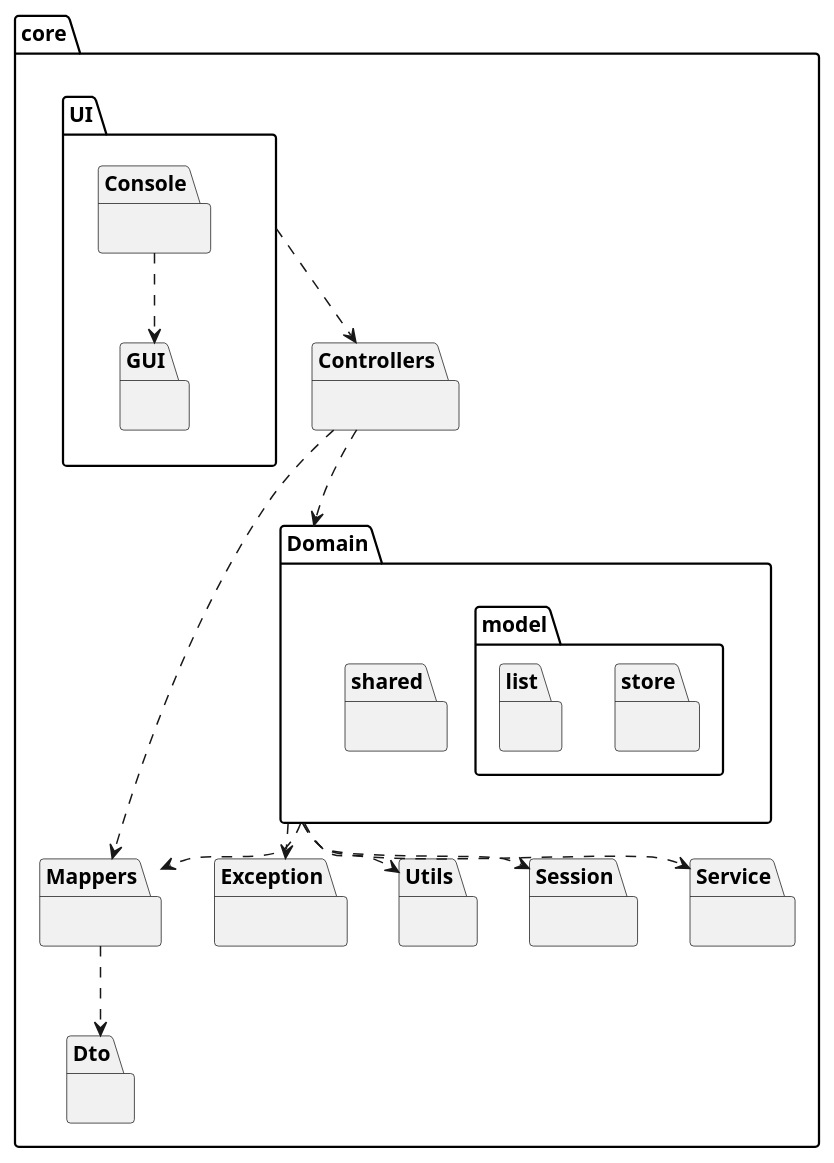
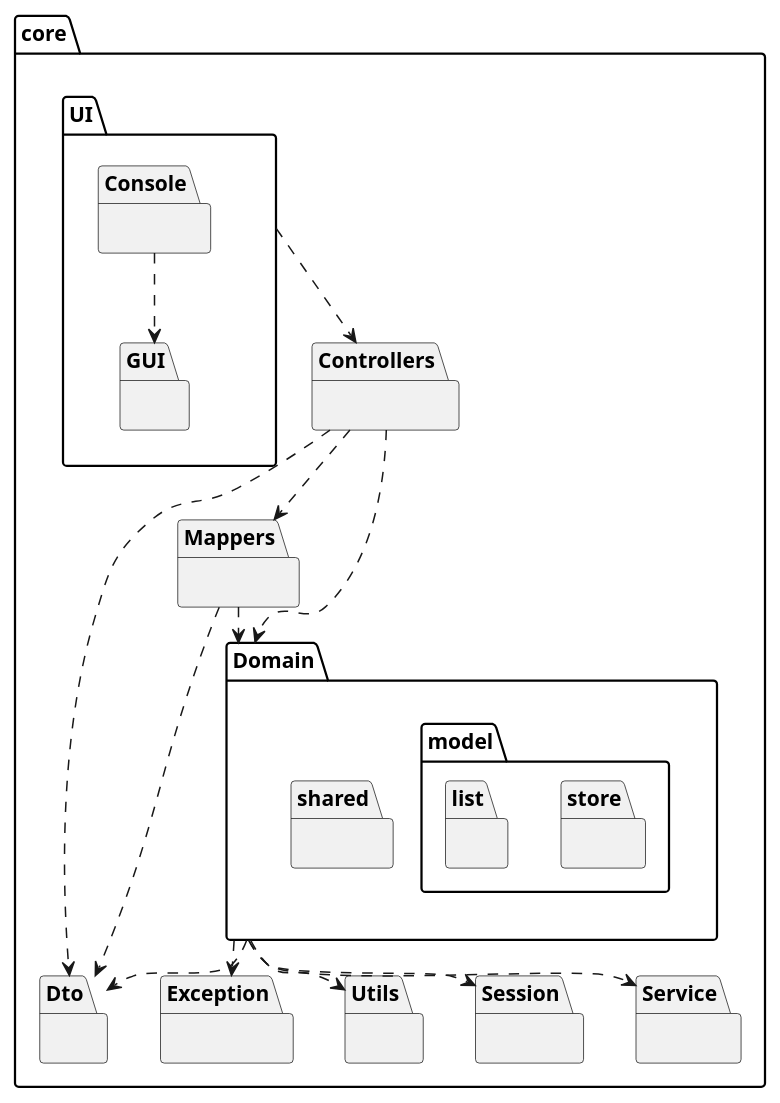
One commit to miseEnPlace-i/lapr2 changed the diagram in docs/PackageDiagram.puml. Above: the diagram before and after it, drawn with PlantUML.

Commit message:
docs: fix package diagram dto

```diff
--- a/docs/PackageDiagram.puml
+++ b/docs/PackageDiagram.puml
@@ -1,38 +1,40 @@
 @startuml PackageDiagram
 package core {
     package Controllers {}
     package UI {
         package GUI {}
         package Console {}
     }
     package Domain {
         package model {
             package store {}
             package list {}
         }
         package shared {}
     }
     package Dto {}
     package Mappers {}
     package Exception {}
     package Utils {}
     package Session {}
     package Service {}
 }
 
 Console ..> GUI
 
 Controllers ..> Mappers
+Controllers ..> Dto
 Controllers ..> Domain
 
 UI ..> Controllers
 
-Domain ..> Mappers
+Domain ..> Dto
 Domain ..> Utils
 Domain ..> Exception
 Domain ..> Service
 Domain ..> Session
 
 Mappers ..> Dto
+Mappers ..> Domain
 
 @enduml
```
